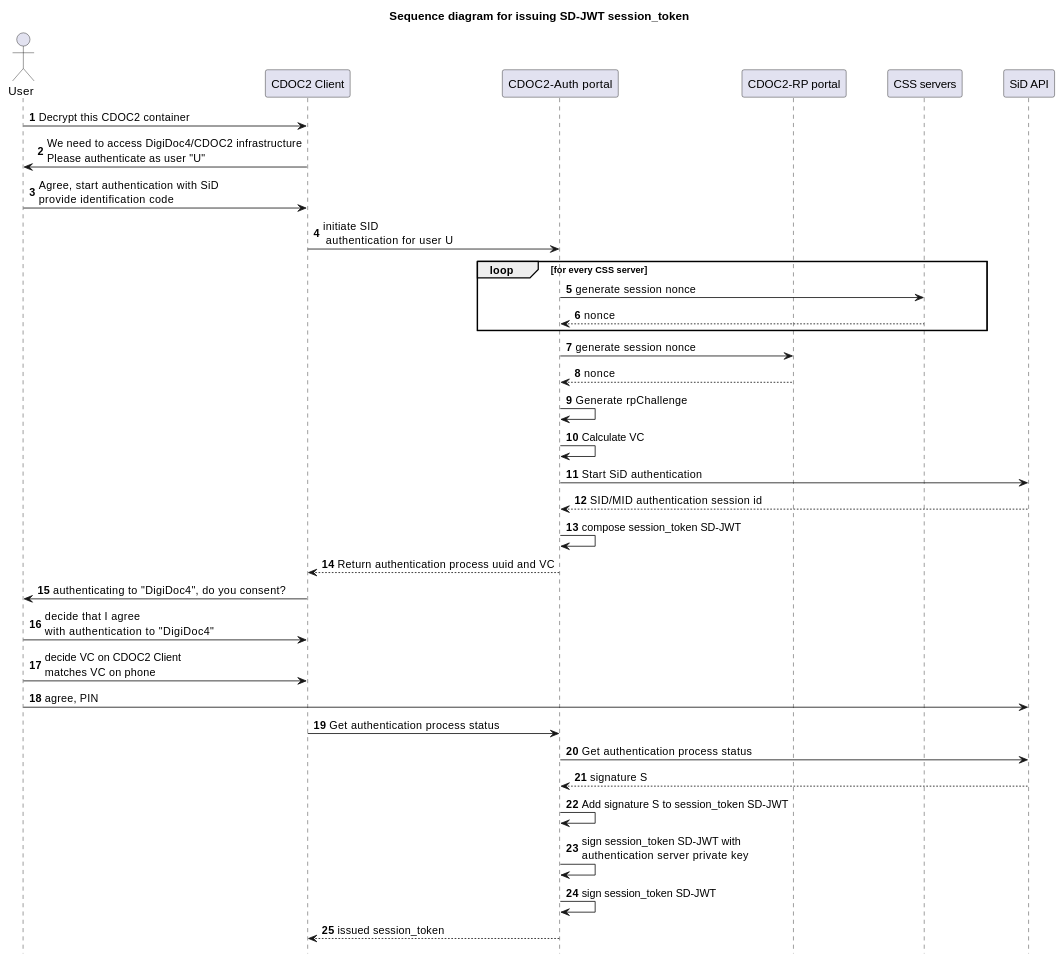
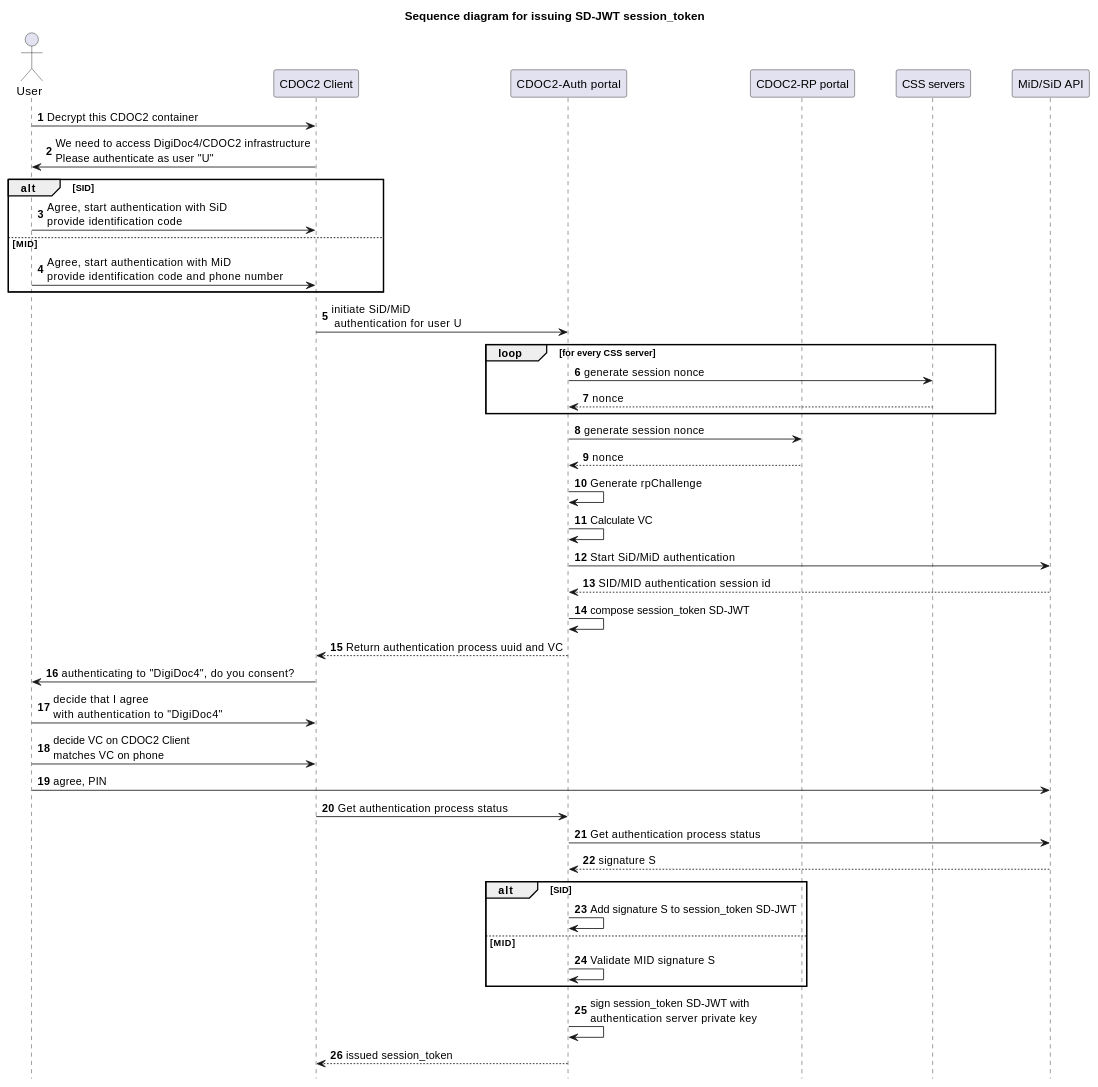
The first of 2 diagrams in cdoc2-system-docs/docs/03_system_architecture/ch06_ID_authentication_protocol.md (open-eid/CDOC2), drawn with PlantUML before and after one commit. The commit also changed other lines of this file, not shown here.

Commit message:
CDOC-174: update the sequence graphs with MiD changes

````diff
--- a/cdoc2-system-docs/docs/03_system_architecture/ch06_ID_authentication_protocol.md
+++ b/cdoc2-system-docs/docs/03_system_architecture/ch06_ID_authentication_protocol.md
@@ -36,51 +36,58 @@
 ```plantuml
 @startuml
 skinparam ParticipantPadding 20
 skinparam BoxPadding 30
 hide footbox
 autonumber
 
 title Sequence diagram for issuing SD-JWT session_token
 
 actor User
 participant "CDOC2 Client" as CLIENT
 participant "CDOC2-Auth portal" as AUTH
 participant "CDOC2-RP portal" as CRP
 participant "CSS servers" as CSS
-participant "SiD API" as SID
+participant "MiD/SiD API" as SID
 
 User -> CLIENT : Decrypt this CDOC2 container
 CLIENT -> User : We need to access DigiDoc4/CDOC2 infrastructure\nPlease authenticate as user "U"
 
-User -> CLIENT : Agree, start authentication with SiD \nprovide identification code
+alt SID
+  User -> CLIENT : Agree, start authentication with SiD \nprovide identification code
+else MID
+  User -> CLIENT : Agree, start authentication with MiD \nprovide identification code and phone number
+end
 
-CLIENT -> AUTH : initiate SID\n authentication for user U
+CLIENT -> AUTH : initiate SiD/MiD\n authentication for user U
 
 loop for every CSS server
     AUTH -> CSS : generate session nonce
     CSS --> AUTH : nonce
 end
 AUTH -> CRP : generate session nonce
 CRP --> AUTH: nonce
 AUTH -> AUTH : Generate rpChallenge
 AUTH -> AUTH : Calculate VC
-AUTH -> SID : Start SiD authentication
+AUTH -> SID : Start SiD/MiD authentication
 SID --> AUTH : SID/MID authentication session id
 AUTH -> AUTH : compose session_token SD-JWT
 
 AUTH --> CLIENT : Return authentication process uuid and VC
 CLIENT -> User : authenticating to "DigiDoc4", do you consent?
 
 User -> CLIENT : decide that I agree\nwith authentication to "DigiDoc4"
 User -> CLIENT : decide VC on CDOC2 Client\nmatches VC on phone
 User -> SID : agree, PIN
 
 CLIENT -> AUTH : Get authentication process status
 AUTH -> SID : Get authentication process status
 SID --> AUTH : signature S
-AUTH -> AUTH : Add signature S to session_token SD-JWT
+alt SID
+    AUTH -> AUTH : Add signature S to session_token SD-JWT
+else MID
+    AUTH -> AUTH: Validate MID signature S
+end 
 AUTH -> AUTH : sign session_token SD-JWT with \nauthentication server private key
-AUTH -> AUTH : sign session_token SD-JWT
 AUTH --> CLIENT : issued session_token
 @enduml
 ```
````
